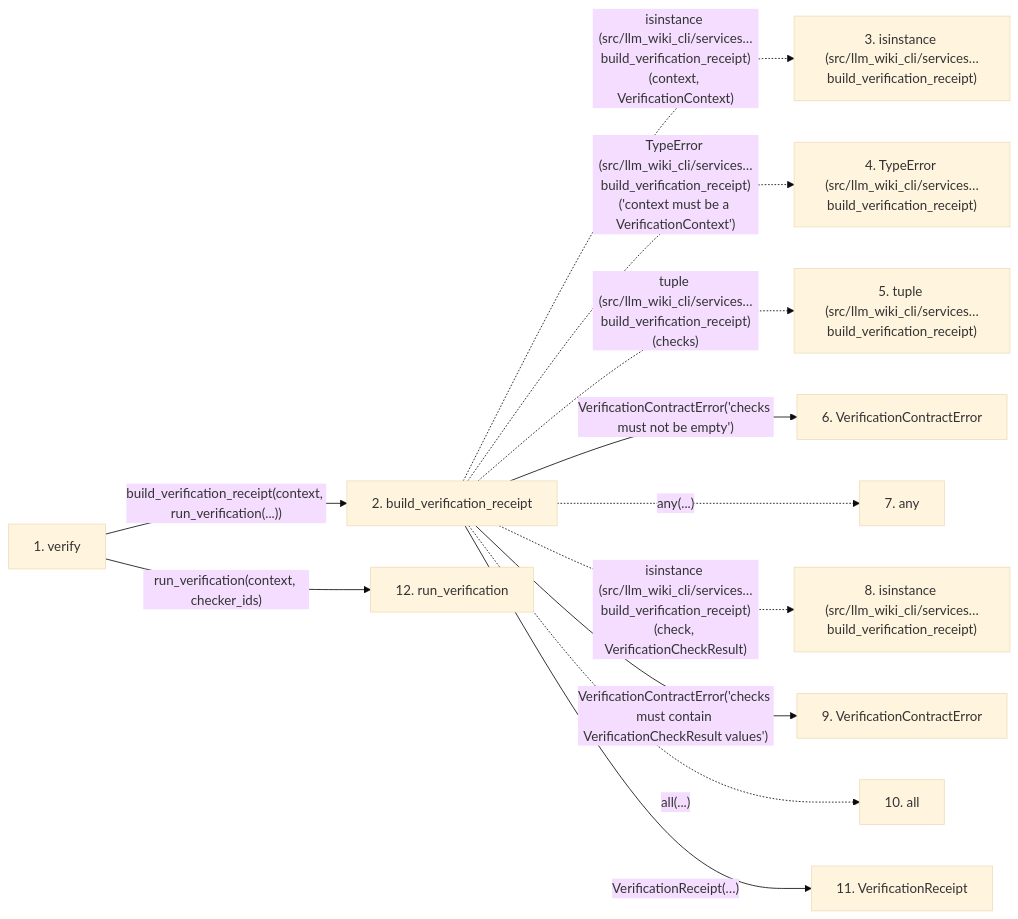
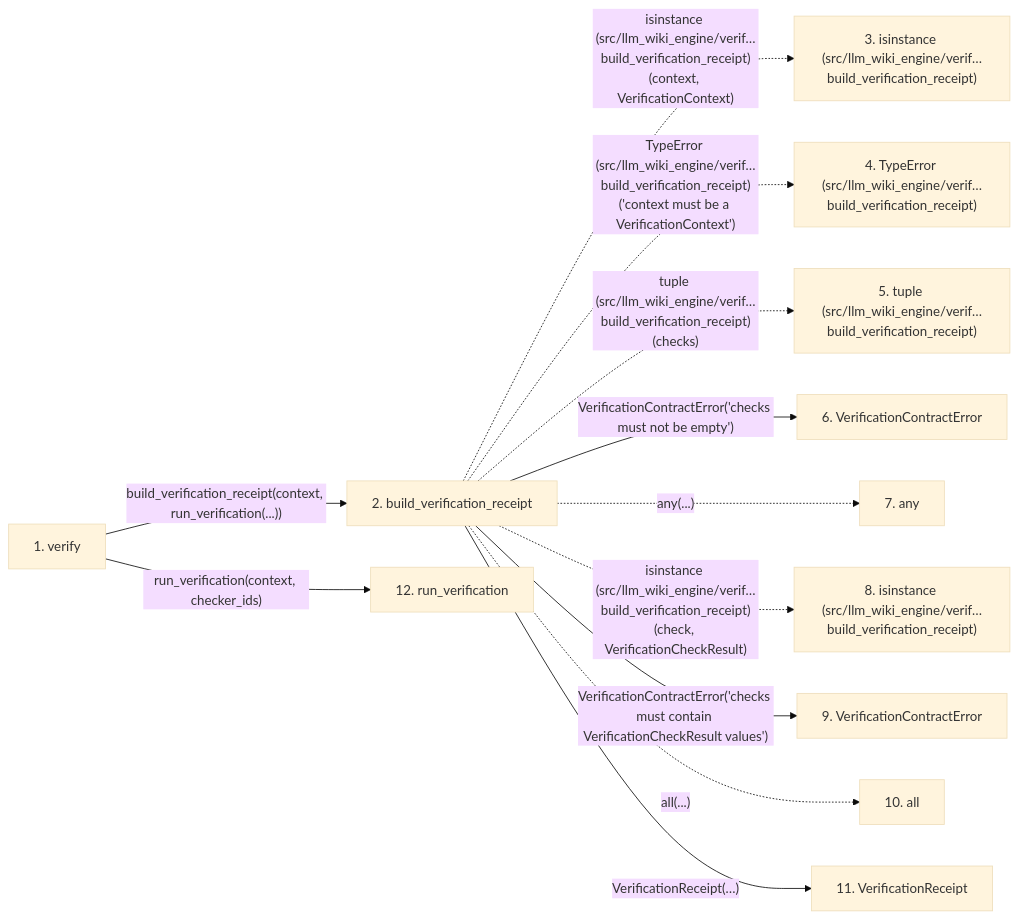
The second of 2 diagrams in docs/llm_wiki/flows/api-verify.md (Denissvgn/python-wiki-llm), drawn with Mermaid (base theme) before and after one commit. The commit also changed other lines of this file and 1058 other files, not shown here.

````diff
--- a/docs/llm_wiki/flows/api-verify.md
+++ b/docs/llm_wiki/flows/api-verify.md
@@ -114,32 +114,32 @@
 ```mermaid
 flowchart LR
     s1["1. verify"]
     s2["2. build_verification_receipt"]
-    s3["3. isinstance (src/llm_wiki_cli/services…build_verification_receipt)"]
-    s4["4. TypeError (src/llm_wiki_cli/services…build_verification_receipt)"]
-    s5["5. tuple (src/llm_wiki_cli/services…build_verification_receipt)"]
+    s3["3. isinstance (src/llm_wiki_engine/verif…build_verification_receipt)"]
+    s4["4. TypeError (src/llm_wiki_engine/verif…build_verification_receipt)"]
+    s5["5. tuple (src/llm_wiki_engine/verif…build_verification_receipt)"]
     s6["6. VerificationContractError"]
     s7["7. any"]
-    s8["8. isinstance (src/llm_wiki_cli/services…build_verification_receipt)"]
+    s8["8. isinstance (src/llm_wiki_engine/verif…build_verification_receipt)"]
     s9["9. VerificationContractError"]
     s10["10. all"]
     s11["11. VerificationReceipt"]
     s12["12. run_verification"]
     s1 -->|"build_verification_receipt(context, run_verification(...))"| s2
-    s2 -. "isinstance (src/llm_wiki_cli/services…build_verification_receipt)(context, VerificationContext)" .-> s3
-    s2 -. "TypeError (src/llm_wiki_cli/services…build_verification_receipt)('context must be a VerificationContext')" .-> s4
-    s2 -. "tuple (src/llm_wiki_cli/services…build_verification_receipt)(checks)" .-> s5
+    s2 -. "isinstance (src/llm_wiki_engine/verif…build_verification_receipt)(context, VerificationContext)" .-> s3
+    s2 -. "TypeError (src/llm_wiki_engine/verif…build_verification_receipt)('context must be a VerificationContext')" .-> s4
+    s2 -. "tuple (src/llm_wiki_engine/verif…build_verification_receipt)(checks)" .-> s5
     s2 -->|"VerificationContractError('checks must not be empty')"| s6
     s2 -. "any(...)" .-> s7
-    s2 -. "isinstance (src/llm_wiki_cli/services…build_verification_receipt)(check, VerificationCheckResult)" .-> s8
+    s2 -. "isinstance (src/llm_wiki_engine/verif…build_verification_receipt)(check, VerificationCheckResult)" .-> s8
     s2 -->|"VerificationContractError('checks must contain VerificationCheckResult values')"| s9
     s2 -. "all(...)" .-> s10
     s2 -->|"VerificationReceipt(…)"| s11
     s1 -->|"run_verification(context, checker_ids)"| s12
     click s1 "../modules/verification_contracts.md"
     click s2 "../modules/verification_contracts.md"
     click s6 "../modules/verification_contracts.md"
     click s9 "../modules/verification_contracts.md"
     click s11 "../modules/verification_contracts.md"
     click s12 "../modules/verification_contracts.md"
 ```
````
